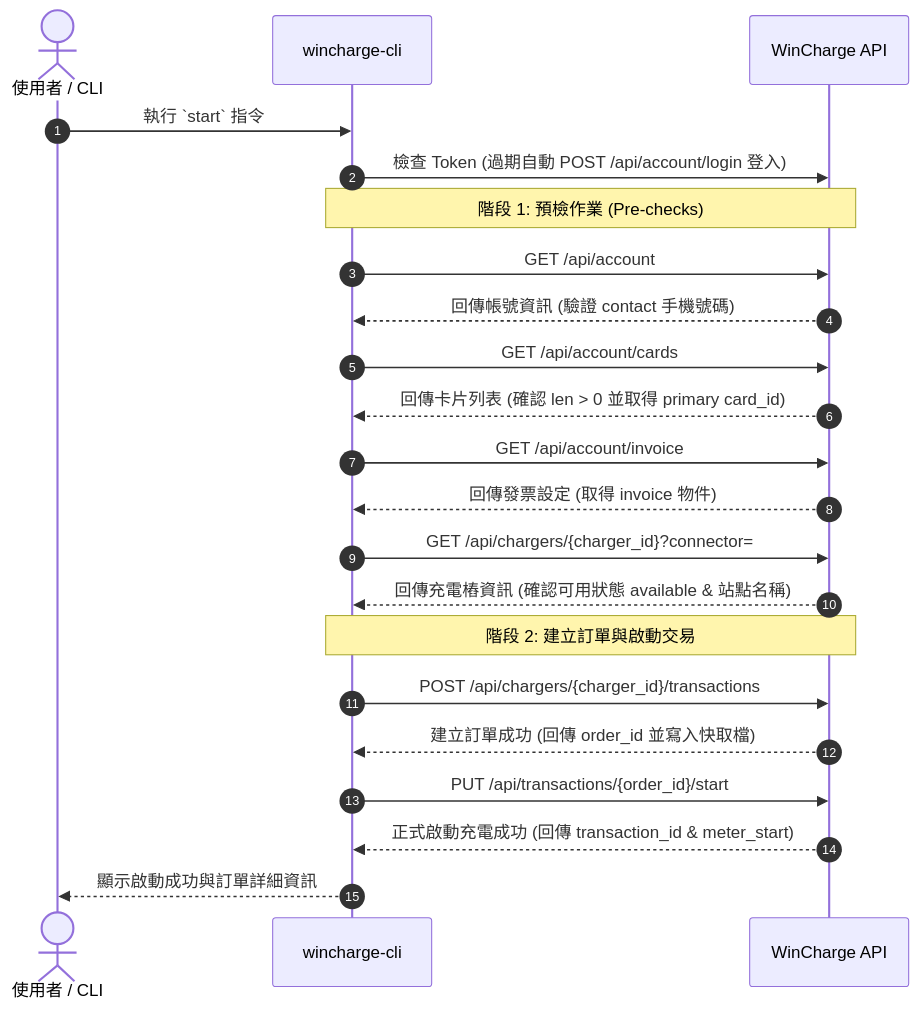
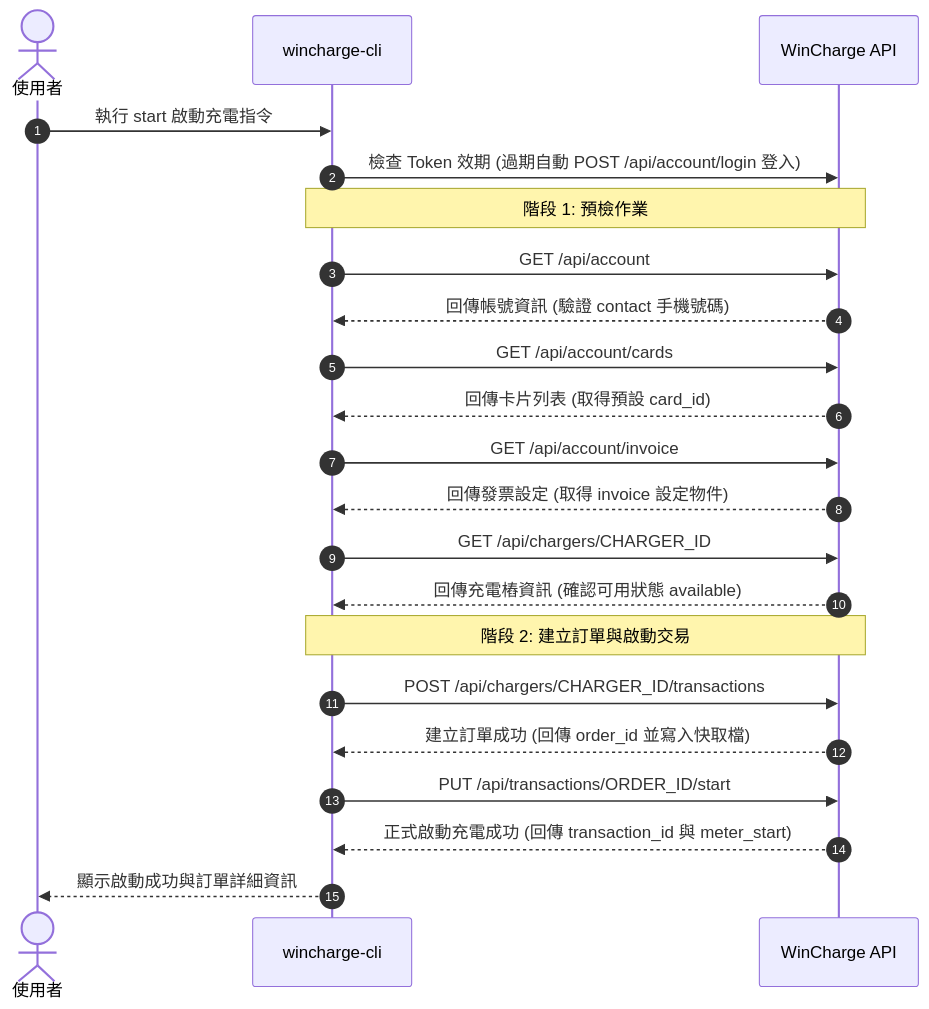
The second of 2 diagrams in README.md (shuangrain/wincharge-cli), drawn with Mermaid before and after one commit. The commit also changed other lines of this file, not shown here.

Commit message:
docs: Fix Mermaid diagram syntax in README.md for GitHub rich display rendering

````diff
--- a/README.md
+++ b/README.md
@@ -117,32 +117,32 @@
 ```mermaid
 sequenceDiagram
     autonumber
-    actor User as 使用者 / CLI
+    actor User as 使用者
     participant Script as wincharge-cli
     participant API as WinCharge API
 
-    User->>Script: 執行 `start` 指令
-    Script->>API: 檢查 Token (過期自動 POST /api/account/login 登入)
+    User->>Script: 執行 start 啟動充電指令
+    Script->>API: 檢查 Token 效期 (過期自動 POST /api/account/login 登入)
 
-    note over Script, API: 階段 1: 預檢作業 (Pre-checks)
+    Note over Script, API: 階段 1: 預檢作業
     Script->>API: GET /api/account
     API-->>Script: 回傳帳號資訊 (驗證 contact 手機號碼)
-    
+
     Script->>API: GET /api/account/cards
-    API-->>Script: 回傳卡片列表 (確認 len > 0 並取得 primary card_id)
-    
+    API-->>Script: 回傳卡片列表 (取得預設 card_id)
+
     Script->>API: GET /api/account/invoice
-    API-->>Script: 回傳發票設定 (取得 invoice 物件)
-    
-    Script->>API: GET /api/chargers/{charger_id}?connector=
-    API-->>Script: 回傳充電樁資訊 (確認可用狀態 available & 站點名稱)
+    API-->>Script: 回傳發票設定 (取得 invoice 設定物件)
 
-    note over Script, API: 階段 2: 建立訂單與啟動交易
-    Script->>API: POST /api/chargers/{charger_id}/transactions
+    Script->>API: GET /api/chargers/CHARGER_ID
+    API-->>Script: 回傳充電樁資訊 (確認可用狀態 available)
+
+    Note over Script, API: 階段 2: 建立訂單與啟動交易
+    Script->>API: POST /api/chargers/CHARGER_ID/transactions
     API-->>Script: 建立訂單成功 (回傳 order_id 並寫入快取檔)
-    
-    Script->>API: PUT /api/transactions/{order_id}/start
-    API-->>Script: 正式啟動充電成功 (回傳 transaction_id & meter_start)
+
+    Script->>API: PUT /api/transactions/ORDER_ID/start
+    API-->>Script: 正式啟動充電成功 (回傳 transaction_id 與 meter_start)
 
     Script-->>User: 顯示啟動成功與訂單詳細資訊
 ```
````
